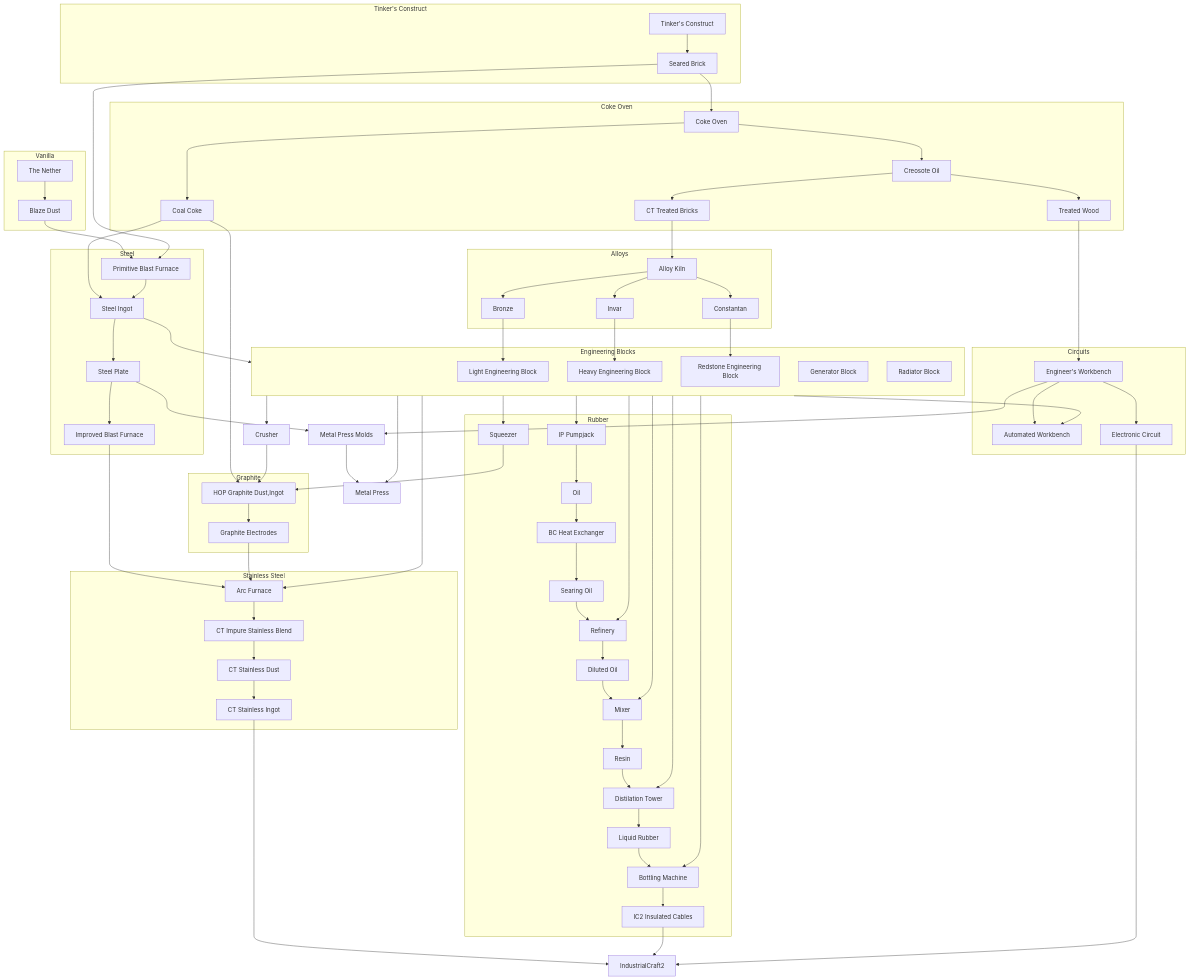
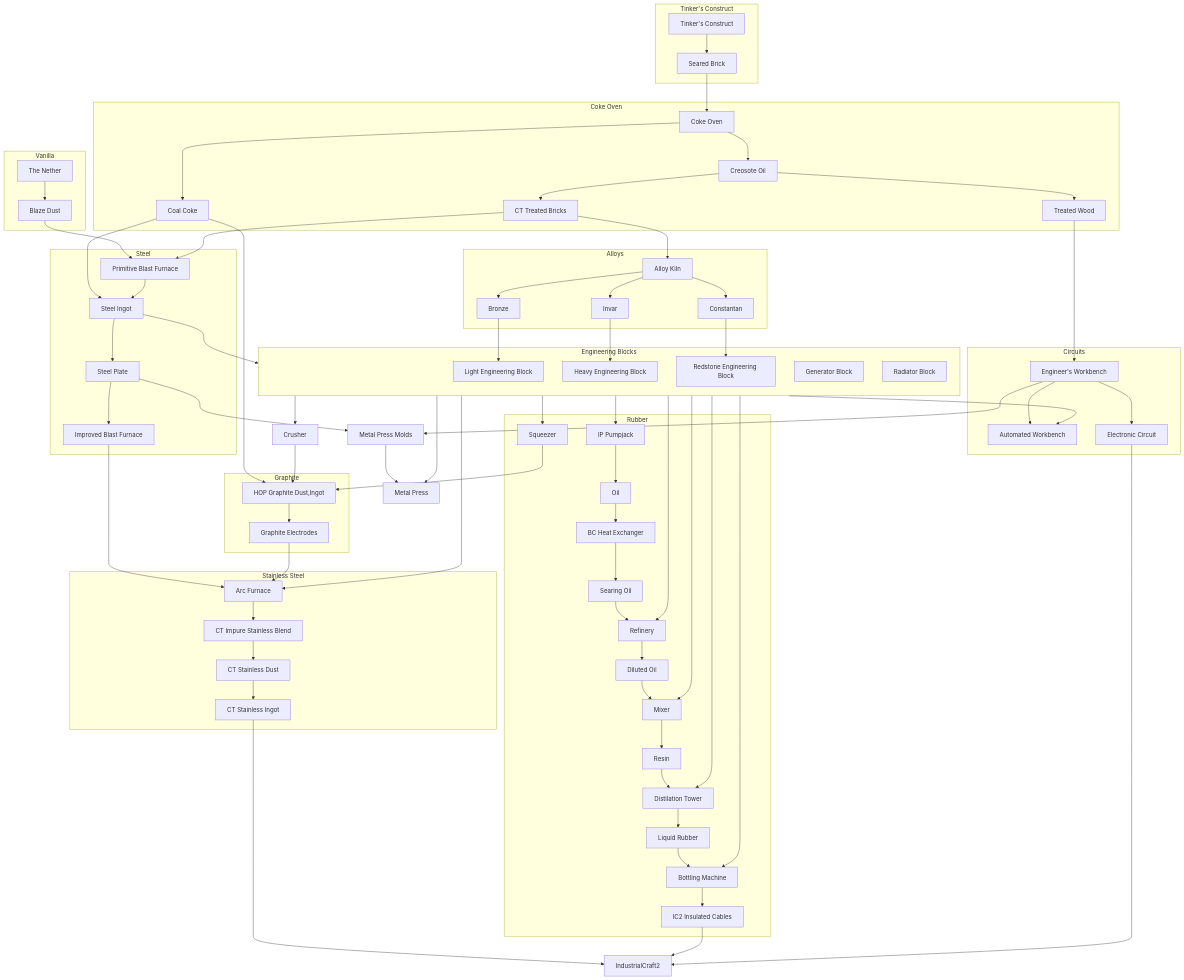
One commit to bigyihsuan/progression-pack changed the diagram in docs/quests/immersive.md. Above: the diagram before and after it, drawn with Mermaid. The commit also changed 42 other files, not shown here.

```diff
--- a/docs/quests/immersive.md
+++ b/docs/quests/immersive.md
@@ -84,7 +84,7 @@
 invar --> heavy
 const --> redst
 nether --> blaze
-blaze & seared --> pri_blast
+blaze & brick --> pri_blast
 coke & pri_blast --> steel
 steel --> engin
 steel --> plate
```
